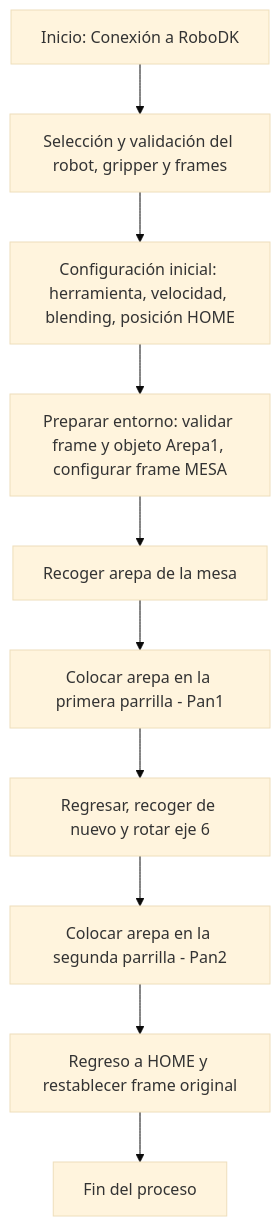
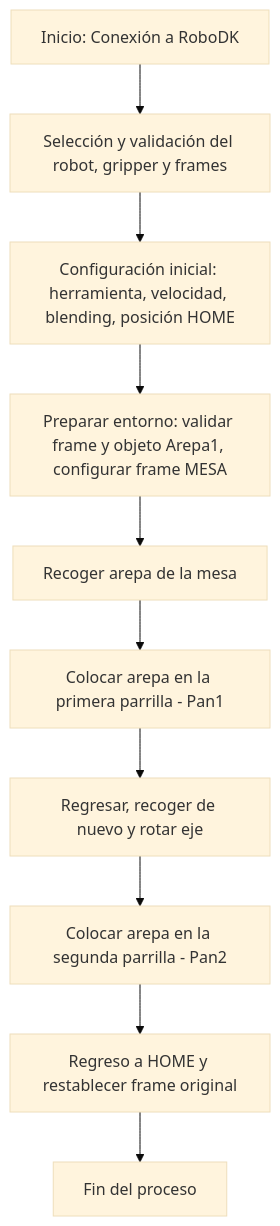
The diagram in README.md (isamendo17/Proyecto_final_robotica), drawn with Mermaid (base theme) before and after one commit.

````diff
--- a/README.md
+++ b/README.md
@@ -38,12 +38,12 @@
 ```mermaid
 flowchart TD
     A[Inicio: Conexión a RoboDK] --> B[Selección y validación del robot, gripper y frames]
     B --> C[Configuración inicial: herramienta, velocidad, blending, posición HOME]
     C --> D[Preparar entorno: validar frame y objeto Arepa1, configurar frame MESA]
     D --> E[Recoger arepa de la mesa]
     E --> F[Colocar arepa en la primera parrilla - Pan1]
-    F --> G[Regresar, recoger de nuevo y rotar eje 6]
+    F --> G[Regresar, recoger de nuevo y rotar eje]
     G --> H[Colocar arepa en la segunda parrilla - Pan2]
     H --> I[Regreso a HOME y restablecer frame original]
     I --> J[Fin del proceso]
 ```
````
